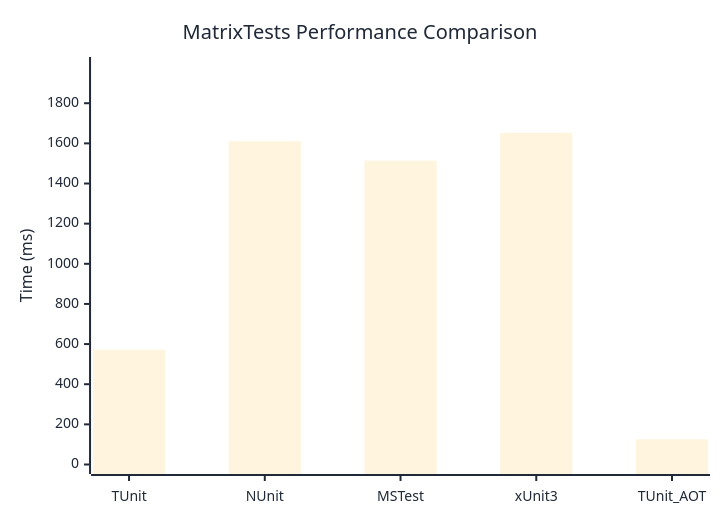
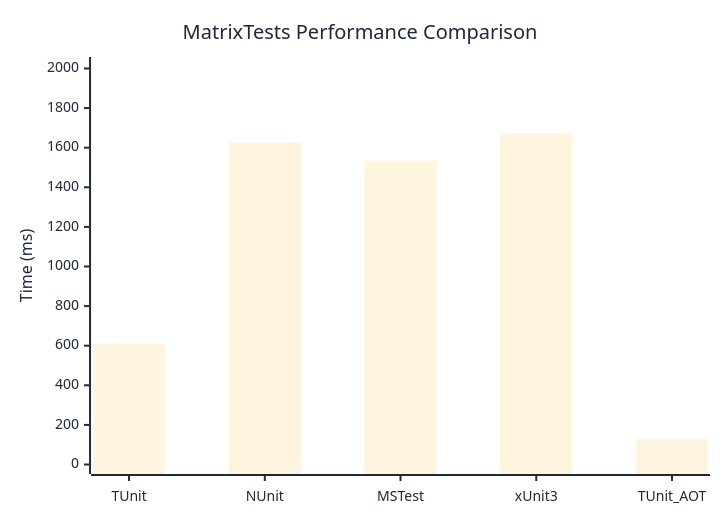
Before and after one commit to thomhurst/TUnit: the diagram in docs/docs/benchmarks/MatrixTests.md, drawn with Mermaid. The commit also changed other lines of this file and 17 other files, not shown here.

````diff
--- a/docs/docs/benchmarks/MatrixTests.md
+++ b/docs/docs/benchmarks/MatrixTests.md
@@ -27,37 +27,37 @@
 ```mermaid
 %%{init: {
   'theme':'base',
   'themeVariables': {
     'primaryColor': '#2563eb',
     'primaryTextColor': '#1f2937',
     'primaryBorderColor': '#1e40af',
     'lineColor': '#6b7280',
     'secondaryColor': '#7c3aed',
     'tertiaryColor': '#dc2626',
     'background': '#ffffff',
     'mainBkg': '#2563eb',
     'secondBkg': '#7c3aed',
     'tertiaryBkg': '#dc2626',
     'clusterBkg': '#f3f4f6',
     'edgeLabelBackground': '#ffffff',
     'tertiaryTextColor': '#1f2937',
     'pie1': '#2563eb',
     'pie2': '#7c3aed',
     'pie3': '#dc2626',
     'pie4': '#f59e0b',
     'pie5': '#10b981',
     'pie6': '#06b6d4',
     'pie7': '#ec4899',
     'pie8': '#6366f1',
     'pie9': '#84cc16',
     'pie10': '#f97316',
     'pie11': '#14b8a6',
     'pie12': '#a855f7'
   }
 }}%%
 xychart-beta
   title "MatrixTests Performance Comparison"
   x-axis ["TUnit", "NUnit", "MSTest", "xUnit3", "TUnit_AOT"]
-  y-axis "Time (ms)" 0 --> 1983
-  bar [571.8, 1610.5, 1513.9, 1651.9, 125.6]
+  y-axis "Time (ms)" 0 --> 2010
+  bar [610.8, 1626.3, 1534, 1674.9, 128.7]
 ```
````
